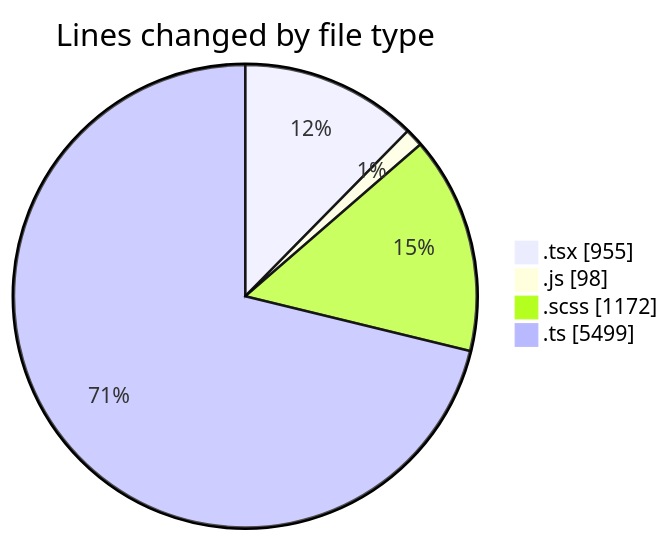
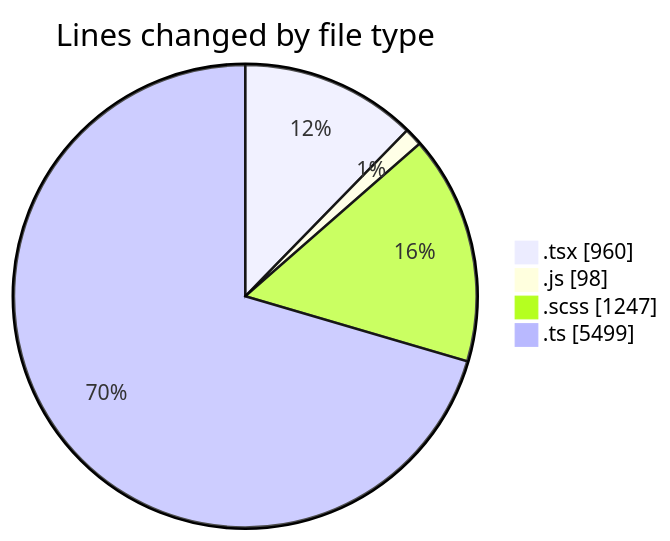
Before and after one commit to momahboobian/code-tracking: the first of 2 diagrams in 2025-03-31/cda/README.md, drawn with Mermaid. The commit also changed other lines of this file and 1 other file, not shown here.

````diff
--- a/2025-03-31/cda/README.md
+++ b/2025-03-31/cda/README.md
@@ -39,8 +39,8 @@
 ```mermaid
 pie showData
 title Lines changed by file type
-".tsx" : 955
+".tsx" : 960
 ".js" : 98
-".scss" : 1172
+".scss" : 1247
 ".ts" : 5499
 ```
````
